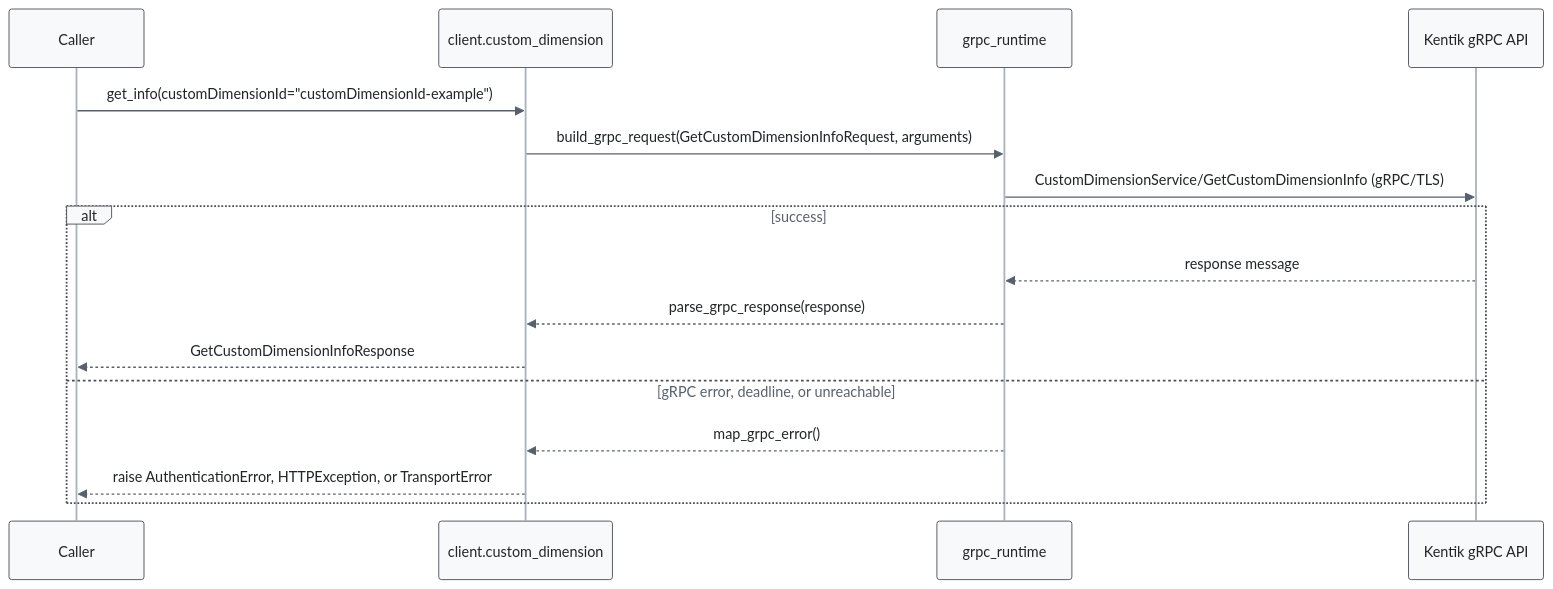
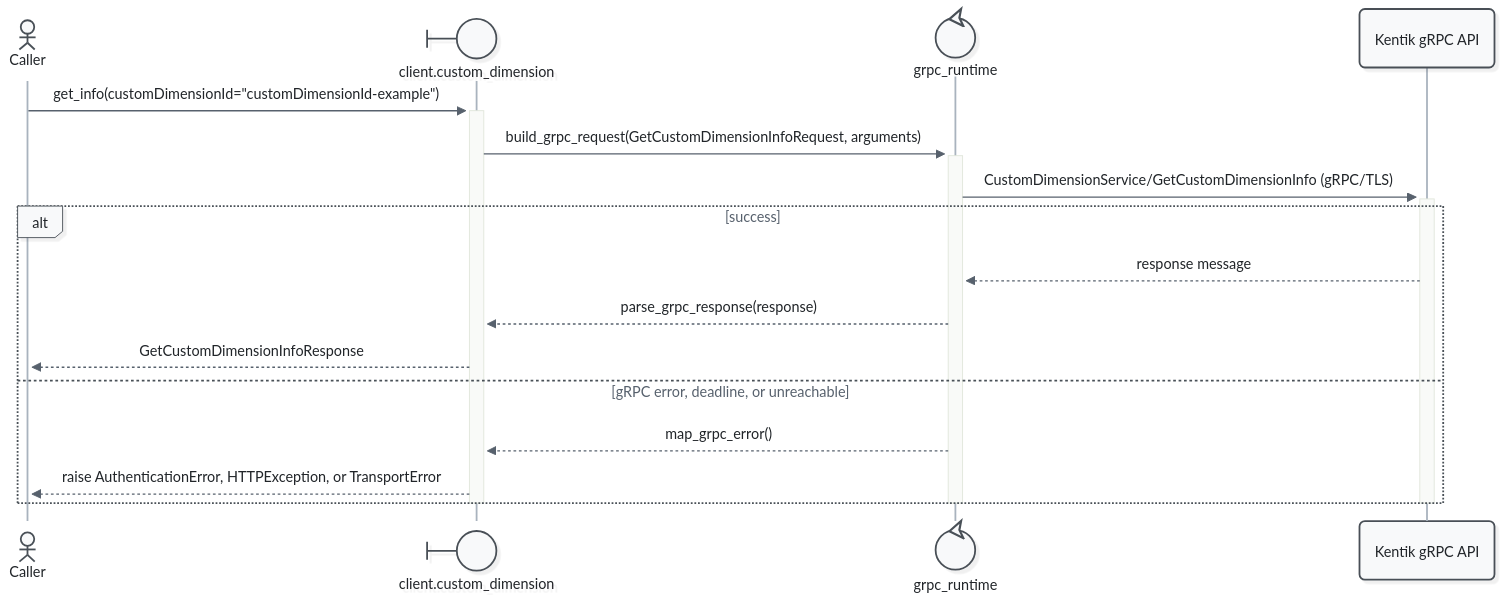
The fourth of 21 diagrams in docs/sphinx/services/custom_dimension.md (alexdearaujo/community_sdk_python), drawn with Mermaid before and after one commit. The commit also changed other lines of this file and 52 other files, not shown here.

First line of the commit message:
docs: Mermaid 12 sequence diagrams with participant types and path colors

````diff
--- a/docs/sphinx/services/custom_dimension.md
+++ b/docs/sphinx/services/custom_dimension.md
@@ -125,20 +132,23 @@
 ```mermaid
-%%{init: {"theme": "base", "fontFamily": "ui-monospace, SFMono-Regular, Menlo, monospace", "themeVariables": {"fontFamily": "ui-monospace, SFMono-Regular, Menlo, monospace", "primaryColor": "#f8f9fa", "primaryBorderColor": "#495057", "primaryTextColor": "#212529", "textColor": "#212529", "lineColor": "#77818c", "edgeLabelBackground": "#ffffff", "actorBkg": "#f8f9fa", "actorBorder": "#495057", "actorTextColor": "#212529", "actorLineColor": "#a9b3be", "signalColor": "#57616d", "signalTextColor": "#212529", "labelBoxBkgColor": "#f8f9fa", "labelBoxBorderColor": "#495057", "labelTextColor": "#212529", "loopTextColor": "#57616d", "noteBkgColor": "#fff9db", "noteBorderColor": "#f08c00", "noteTextColor": "#a35a00"}, "flowchart": {"curve": "step", "nodeSpacing": 30, "rankSpacing": 70, "wrappingWidth": 400}}}%%
+%%{init: {"theme": "redux", "look": "neo", "layout": "dagre", "fontFamily": "ui-monospace, SFMono-Regular, Menlo, monospace", "themeVariables": {"fontFamily": "ui-monospace, SFMono-Regular, Menlo, monospace", "primaryColor": "#f8f9fa", "primaryBorderColor": "#495057", "primaryTextColor": "#212529", "textColor": "#212529", "lineColor": "#77818c", "edgeLabelBackground": "#ffffff", "actorBkg": "#f8f9fa", "actorBorder": "#495057", "actorTextColor": "#212529", "actorLineColor": "#a9b3be", "signalColor": "#57616d", "signalTextColor": "#212529", "labelBoxBkgColor": "#f8f9fa", "labelBoxBorderColor": "#495057", "labelTextColor": "#212529", "loopTextColor": "#57616d", "noteBkgColor": "#fff9db", "noteBorderColor": "#f08c00", "noteTextColor": "#a35a00"}, "sequence": {"activationWidth": 16}, "flowchart": {"curve": "step", "nodeSpacing": 30, "rankSpacing": 70, "wrappingWidth": 400}}}%%
 sequenceDiagram
-    participant C as Caller
-    participant W as client.custom_dimension
-    participant R as grpc_runtime
+    actor C as Caller
+    participant W@{ "type": "boundary" } as client.custom_dimension
+    participant R@{ "type": "control" } as grpc_runtime
     participant API as Kentik gRPC API
 
-    C->>W: get_info(customDimensionId="customDimensionId-example")
-    W->>R: build_grpc_request(GetCustomDimensionInfoRequest, arguments)
-    R->>API: CustomDimensionService/GetCustomDimensionInfo (gRPC/TLS)
+    C->>+W: get_info(customDimensionId="customDimensionId-example")
+    W->>+R: build_grpc_request(GetCustomDimensionInfoRequest, arguments)
+    R->>+API: CustomDimensionService/GetCustomDimensionInfo (gRPC/TLS)
     alt success
         API-->>R: response message
         R-->>W: parse_grpc_response(response)
         W-->>C: GetCustomDimensionInfoResponse
     else gRPC error, deadline, or unreachable
         R-->>W: map_grpc_error()
         W-->>C: raise AuthenticationError, HTTPException, or TransportError
     end
+    deactivate API
+    deactivate R
+    deactivate W
 ```
````
